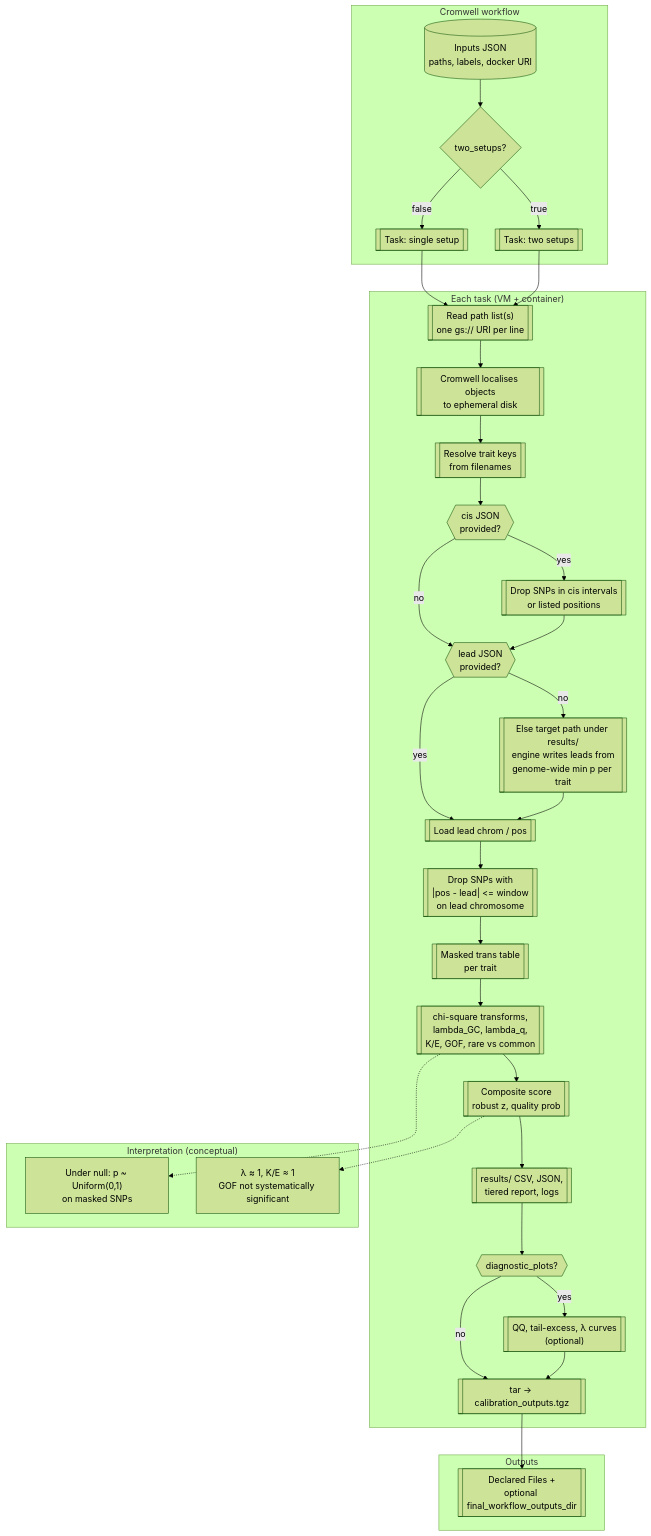
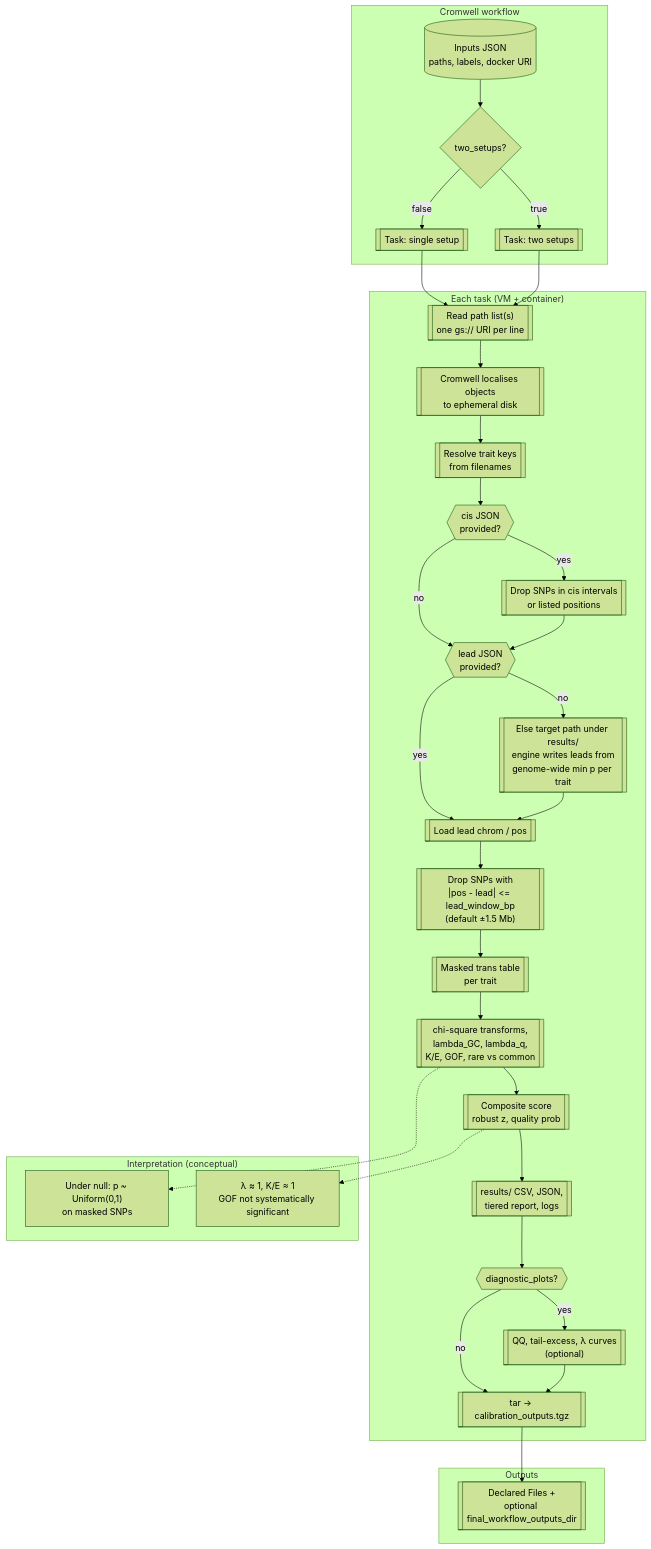
The diagram in README.md (RezaJF/GWAS_calibration_engine), drawn with Mermaid (forest theme) before and after one commit. The commit also changed other lines of this file and 1 other file, not shown here.

Commit message:
feat(wdl): expose lead_window_bp (default ±1.5 Mb); expand Cromwell README" -m "WDL:" -m "- Add workflow input lead_window_bp (default 1500000 bp half-width on the lead chromosome, 3 Mb total span around each lead).

````diff
--- a/README.md
+++ b/README.md
@@ -62,67 +62,67 @@
 ```mermaid
 flowchart TB
   subgraph wf["Cromwell workflow"]
     IN_JSON[("Inputs JSON<br/>paths, labels, docker URI")]
     BR{two_setups?}
     T1[["Task: single setup"]]
     T2[["Task: two setups"]]
     IN_JSON --> BR
     BR -->|false| T1
     BR -->|true| T2
   end
 
   subgraph task["Each task (VM + container)"]
     PL[["Read path list(s)<br/>one gs:// URI per line"]]
     LOC[["Cromwell localises objects<br/>to ephemeral disk"]]
     RES[["Resolve trait keys<br/>from filenames"]]
     CIS{{"cis JSON<br/>provided?"}}
     MASK_CIS[["Drop SNPs in cis intervals<br/>or listed positions"]]
     LD{{"lead JSON<br/>provided?"}}
     GEN_LD[["Else target path under results/<br/>engine writes leads from<br/>genome-wide min p per trait"]]
     LOAD_LD[["Load lead chrom / pos"]]
-    MASK_LD[["Drop SNPs with<br/>|pos - lead| <= window<br/>on lead chromosome"]]
+    MASK_LD[["Drop SNPs with<br/>|pos - lead| <= lead_window_bp<br/>(default ±1.5 Mb)"]]
     TAB[["Masked trans table<br/>per trait"]]
     MET[["chi-square transforms,<br/>lambda_GC, lambda_q,<br/>K/E, GOF, rare vs common"]]
     SC[["Composite score<br/>robust z, quality prob"]]
     OUT[["results/ CSV, JSON,<br/>tiered report, logs"]]
     PLOTS{{diagnostic_plots?}}
     FIG[["QQ, tail-excess, λ curves<br/>(optional)"]]
     TGZ[["tar → calibration_outputs.tgz"]]
 
     PL --> LOC
     LOC --> RES
     RES --> CIS
     CIS -->|yes| MASK_CIS
     CIS -->|no| LD
     MASK_CIS --> LD
     LD -->|no| GEN_LD
     LD -->|yes| LOAD_LD
     GEN_LD --> LOAD_LD
     LOAD_LD --> MASK_LD
     MASK_LD --> TAB
     TAB --> MET
     MET --> SC
     SC --> OUT
     OUT --> PLOTS
     PLOTS -->|yes| FIG
     PLOTS -->|no| TGZ
     FIG --> TGZ
   end
 
   T1 --> PL
   T2 --> PL
 
   subgraph null["Interpretation (conceptual)"]
     N1["Under null: p ~ Uniform(0,1)<br/>on masked SNPs"]
     N2["λ ≈ 1, K/E ≈ 1<br/>GOF not systematically significant"]
   end
 
   MET -.-> N1
   SC -.-> N2
 
   subgraph deloc["Outputs"]
     GCS[["Declared Files +<br/>optional final_workflow_outputs_dir"]]
   end
 
   TGZ --> GCS
 ```
````
